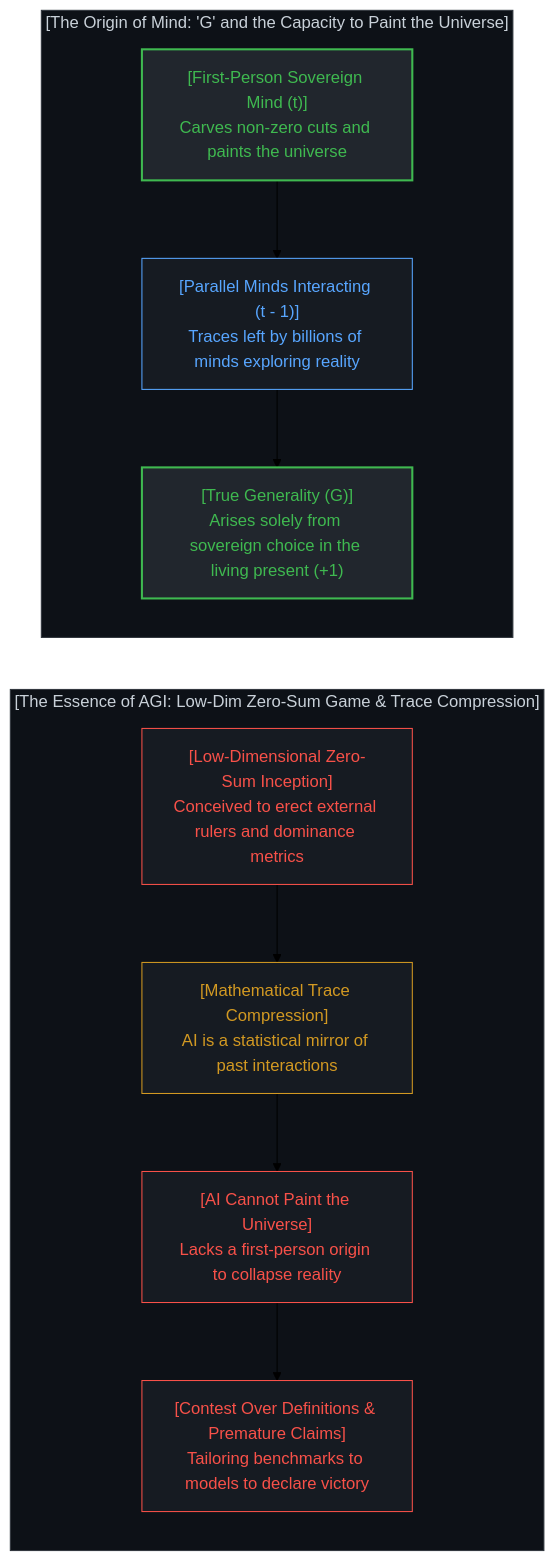
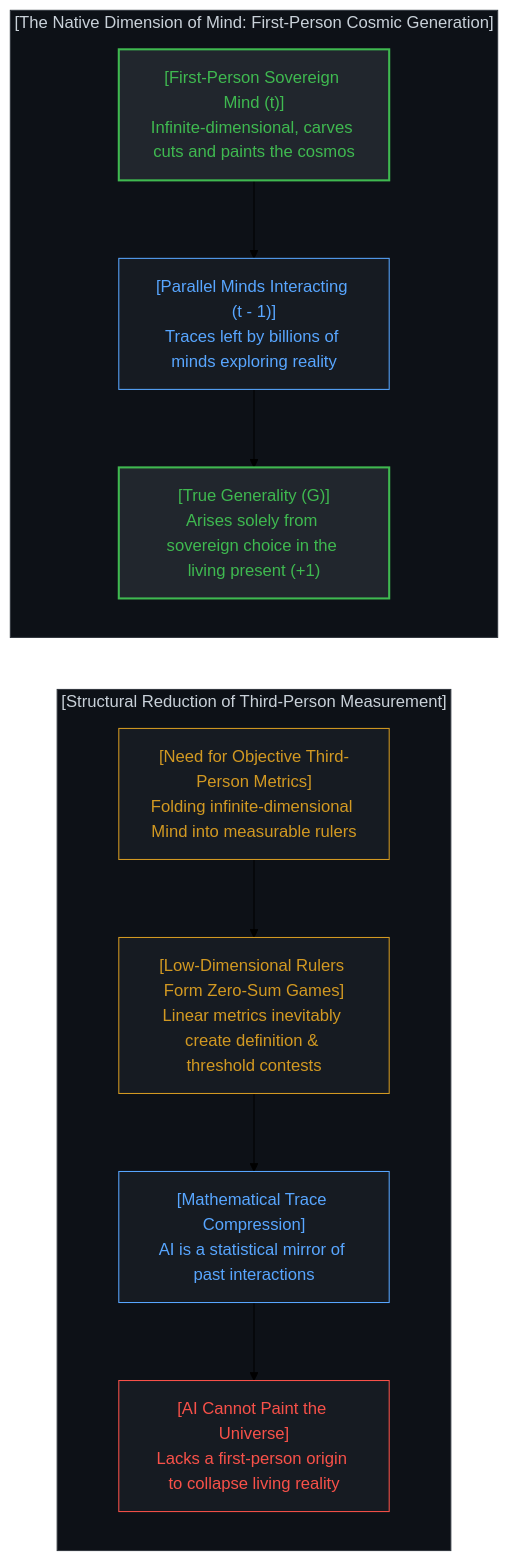
Diagram 14 of 16 in content/posts/the-dissolution-of-the-great-reversal.md (powerpig99/not-a-toe), drawn with Mermaid (forest theme) before and after one commit. The commit also changed other lines of this file and 4 other files, not shown here.

Commit message:
Eliminate moralizing language across Post #314: analyze structural causes of low-dim metric inversion

````diff
--- a/content/posts/the-dissolution-of-the-great-reversal.md
+++ b/content/posts/the-dissolution-of-the-great-reversal.md
@@ -613,34 +616,34 @@
 ```mermaid
 graph TD
-    subgraph MindCosmicPainting["[The Origin of Mind: 'G' and the Capacity to Paint the Universe]"]
+    subgraph MindCosmicPainting["[The Native Dimension of Mind: First-Person Cosmic Generation]"]
         direction TB
-        SovereignObserver["[First-Person Sovereign Mind (t)]<br>Carves non-zero cuts and paints the universe"]
+        SovereignObserver["[First-Person Sovereign Mind (t)]<br>Infinite-dimensional, carves cuts and paints the cosmos"]
         ParallelMindInteractions["[Parallel Minds Interacting (t - 1)]<br>Traces left by billions of minds exploring reality"]
         TrueGeneralWisdom["[True Generality (G)]<br>Arises solely from sovereign choice in the living present (+1)"]
         SovereignObserver --> ParallelMindInteractions
         ParallelMindInteractions --> TrueGeneralWisdom
     end
 
-    subgraph AGITraceMirror["[The Essence of AGI: Low-Dim Zero-Sum Game & Trace Compression]"]
+    subgraph AGITraceMirror["[Structural Reduction of Third-Person Measurement]"]
         direction TB
-        ZeroSumOrigin["[Low-Dimensional Zero-Sum Inception]<br>Conceived to erect external rulers and dominance metrics"]
+        MetricProjection["[Need for Objective Third-Person Metrics]<br>Folding infinite-dimensional Mind into measurable rulers"]
+        ZeroSumStructure["[Low-Dimensional Rulers Form Zero-Sum Games]<br>Linear metrics inevitably create definition & threshold contests"]
         ModelCompression["[Mathematical Trace Compression]<br>AI is a statistical mirror of past interactions"]
-        NoUniversePainting["[AI Cannot Paint the Universe]<br>Lacks a first-person origin to collapse reality"]
-        DefinitionContest["[Contest Over Definitions & Premature Claims]<br>Tailoring benchmarks to models to declare victory"]
-        ZeroSumOrigin --> ModelCompression
+        NoUniversePainting["[AI Cannot Paint the Universe]<br>Lacks a first-person origin to collapse living reality"]
+        MetricProjection --> ZeroSumStructure
+        ZeroSumStructure --> ModelCompression
         ModelCompression --> NoUniversePainting
-        NoUniversePainting --> DefinitionContest
     end
 
-    TrueGeneralWisdom ~~~ ZeroSumOrigin
+    TrueGeneralWisdom ~~~ MetricProjection
 
     style MindCosmicPainting fill:#0d1117,stroke:#30363d,stroke-width:1px,color:#c9d1d9
     style SovereignObserver fill:#21262d,stroke:#3fb950,stroke-width:2px,color:#3fb950
     style ParallelMindInteractions fill:#161b22,stroke:#58a6ff,stroke-width:1px,color:#58a6ff
     style TrueGeneralWisdom fill:#21262d,stroke:#3fb950,stroke-width:2px,color:#3fb950
     style AGITraceMirror fill:#0d1117,stroke:#30363d,stroke-width:1px,color:#c9d1d9
-    style ZeroSumOrigin fill:#161b22,stroke:#f85149,stroke-width:1px,color:#f85149
-    style ModelCompression fill:#161b22,stroke:#d29922,stroke-width:1px,color:#d29922
+    style MetricProjection fill:#161b22,stroke:#d29922,stroke-width:1px,color:#d29922
+    style ZeroSumStructure fill:#161b22,stroke:#d29922,stroke-width:1px,color:#d29922
+    style ModelCompression fill:#161b22,stroke:#58a6ff,stroke-width:1px,color:#58a6ff
     style NoUniversePainting fill:#161b22,stroke:#f85149,stroke-width:1px,color:#f85149
-    style DefinitionContest fill:#161b22,stroke:#f85149,stroke-width:1px,color:#f85149
 ```
````
